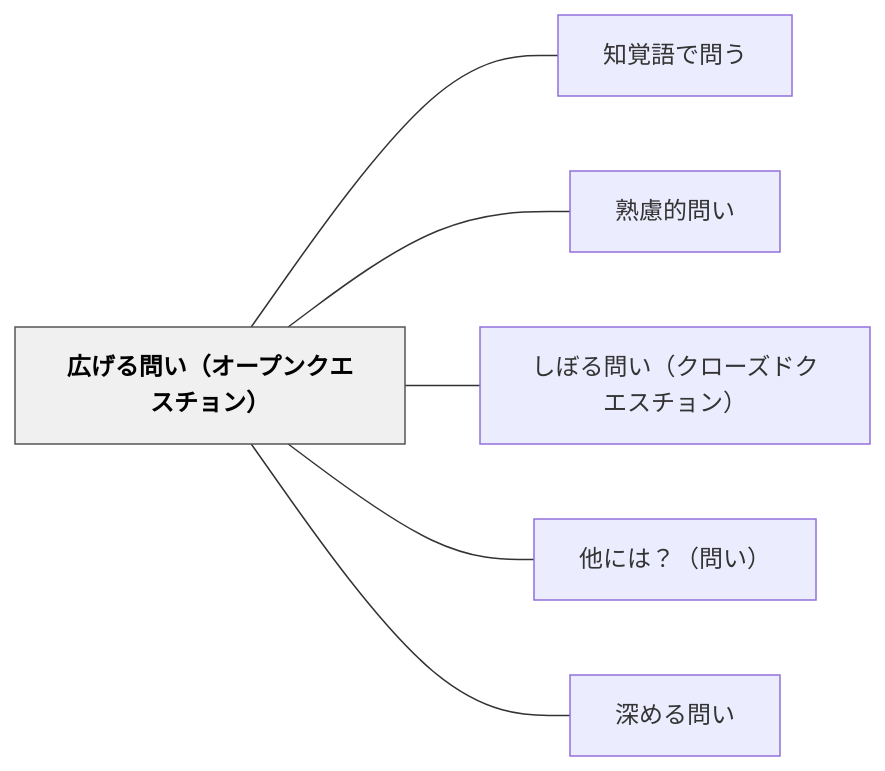
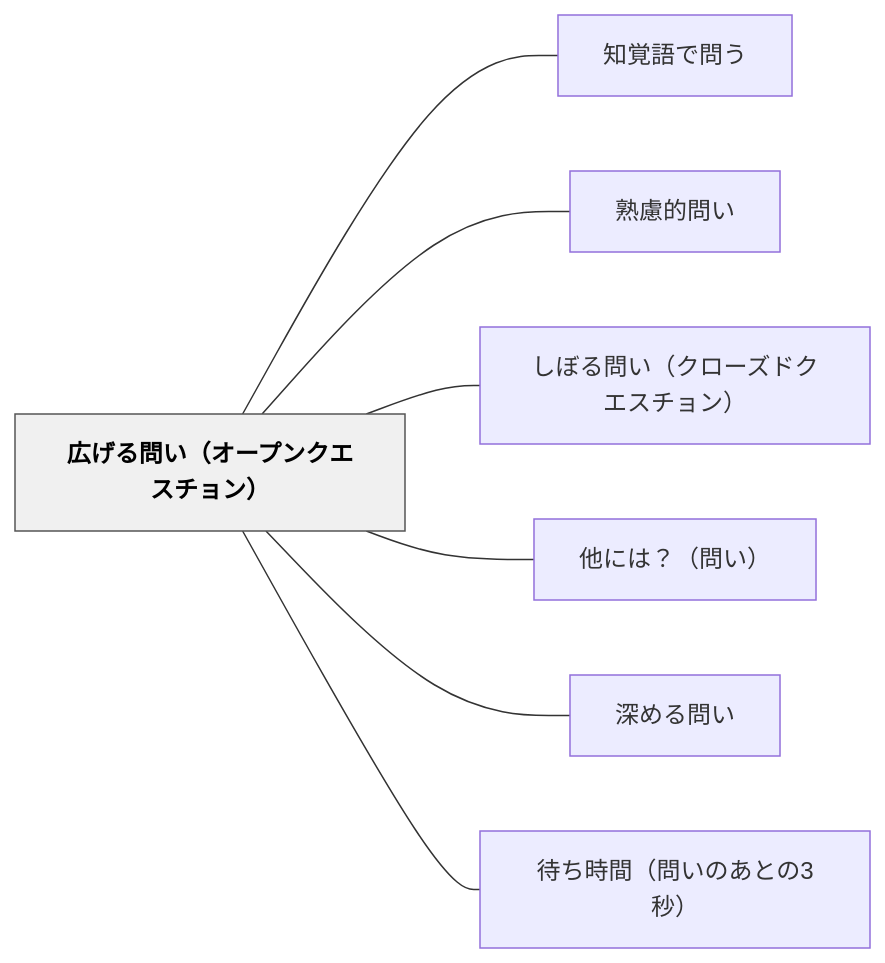
The diagram in content/パタン/広げる問い（オープンクエスチョン）.md (unknownthings-ed-patterns/unknownthings-ed-patterns), drawn with Mermaid before and after one commit. The commit also changed other lines of this file and 6 other files, not shown here.

````diff
--- a/content/パタン/広げる問い（オープンクエスチョン）.md
+++ b/content/パタン/広げる問い（オープンクエスチョン）.md
@@ -42,18 +43,20 @@
 ```mermaid
 flowchart LR
     ne5ba83e38192e3828be5958fe38184efbc88e382aae383bce38397e383b3e382afe382a8e382b9e38381e383a7e383b3efbc89["広げる問い（オープンクエスチョン）"]
     ne79fa5e8a69ae8aa9ee381a7e5958fe38186["知覚語で問う"]
     ne7869fe685aee79a84e5958fe38184["熟慮的問い"]
     ne38197e381bce3828be5958fe38184efbc88e382afe383ade383bce382bae38389e382afe382a8e382b9e38381e383a7e383b3efbc89["しぼる問い（クローズドクエスチョン）"]
     ne4bb96e381abe381afefbc9fefbc88e5958fe38184efbc89["他には？（問い）"]
     ne6b7b1e38281e3828be5958fe38184["深める問い"]
+    ne5be85e381a1e69982e99693efbc88e5958fe38184e381aee38182e381a8e381ae33e7a792efbc89["待ち時間（問いのあとの3秒）"]
 
     ne5ba83e38192e3828be5958fe38184efbc88e382aae383bce38397e383b3e382afe382a8e382b9e38381e383a7e383b3efbc89 --- ne79fa5e8a69ae8aa9ee381a7e5958fe38186
     ne5ba83e38192e3828be5958fe38184efbc88e382aae383bce38397e383b3e382afe382a8e382b9e38381e383a7e383b3efbc89 --- ne7869fe685aee79a84e5958fe38184
     ne5ba83e38192e3828be5958fe38184efbc88e382aae383bce38397e383b3e382afe382a8e382b9e38381e383a7e383b3efbc89 --- ne38197e381bce3828be5958fe38184efbc88e382afe383ade383bce382bae38389e382afe382a8e382b9e38381e383a7e383b3efbc89
     ne5ba83e38192e3828be5958fe38184efbc88e382aae383bce38397e383b3e382afe382a8e382b9e38381e383a7e383b3efbc89 --- ne4bb96e381abe381afefbc9fefbc88e5958fe38184efbc89
     ne5ba83e38192e3828be5958fe38184efbc88e382aae383bce38397e383b3e382afe382a8e382b9e38381e383a7e383b3efbc89 --- ne6b7b1e38281e3828be5958fe38184
+    ne5ba83e38192e3828be5958fe38184efbc88e382aae383bce38397e383b3e382afe382a8e382b9e38381e383a7e383b3efbc89 --- ne5be85e381a1e69982e99693efbc88e5958fe38184e381aee38182e381a8e381ae33e7a792efbc89
 
     classDef hub fill:#f0f0f0,stroke:#555,color:#000,font-weight:bold
     class ne5ba83e38192e3828be5958fe38184efbc88e382aae383bce38397e383b3e382afe382a8e382b9e38381e383a7e383b3efbc89 hub
 ```
````
